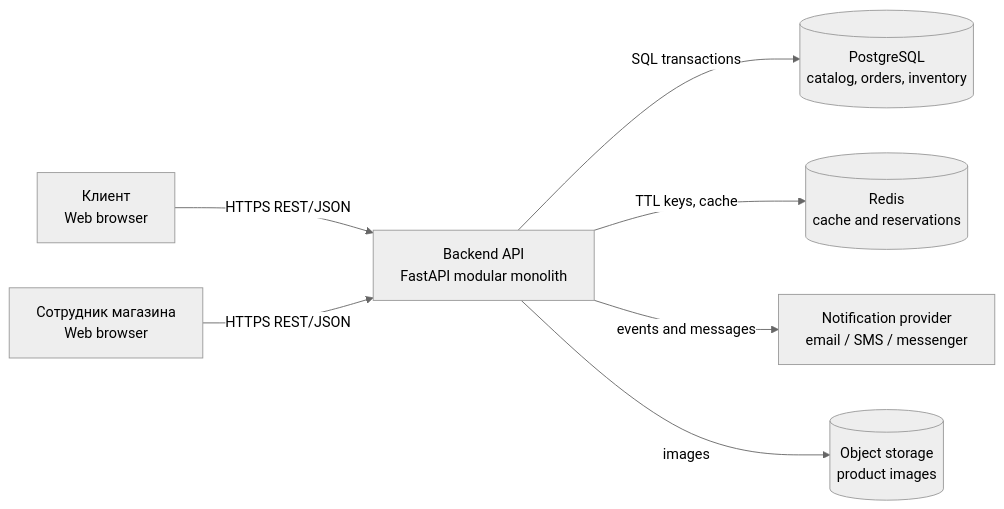
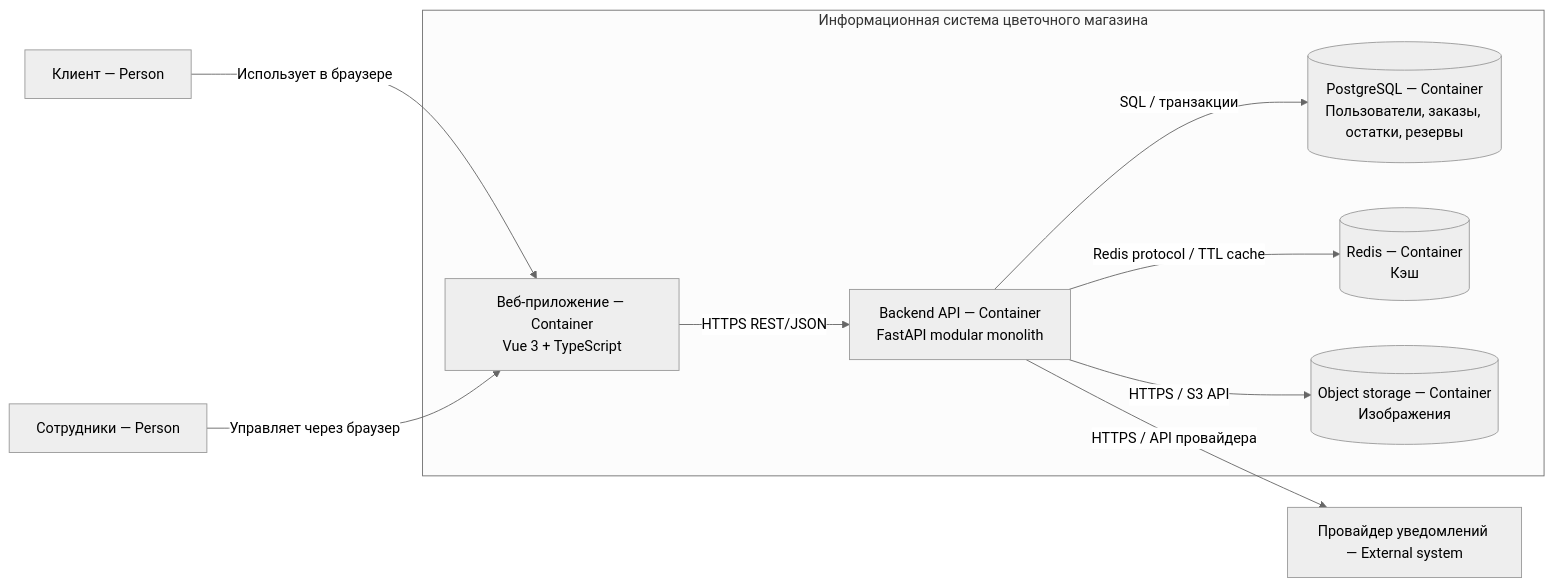
One commit to ShamarBey/flower-shop-system changed the diagram in docs/diagrams/c4-container.mmd. Above: the diagram before and after it, drawn with Mermaid (neutral theme). The commit also changed 19 other files, not shown here.

Commit message:
docs: correct lab diagrams and verify OpenAPI preview

```diff
--- a/docs/diagrams/c4-container.mmd
+++ b/docs/diagrams/c4-container.mmd
@@ -1,15 +1,18 @@
 flowchart LR
-    Client[Клиент<br/>Web browser]
-    Staff[Сотрудник магазина<br/>Web browser]
-    API[Backend API<br/>FastAPI modular monolith]
-    DB[(PostgreSQL<br/>catalog, orders, inventory)]
-    Redis[(Redis<br/>cache and reservations)]
-    Notify[Notification provider<br/>email / SMS / messenger]
-    Storage[(Object storage<br/>product images)]
-
-    Client -->|HTTPS REST/JSON| API
-    Staff -->|HTTPS REST/JSON| API
-    API -->|SQL transactions| DB
-    API -->|TTL keys, cache| Redis
-    API -->|events and messages| Notify
-    API -->|images| Storage
+    Client[Клиент — Person]
+    Staff[Сотрудники — Person]
+    Notify[Провайдер уведомлений — External system]
+    subgraph System[Информационная система цветочного магазина]
+      Web[Веб-приложение — Container<br/>Vue 3 + TypeScript]
+      API[Backend API — Container<br/>FastAPI modular monolith]
+      DB[(PostgreSQL — Container<br/>Пользователи, заказы, остатки, резервы)]
+      Redis[(Redis — Container<br/>Кэш)]
+      Storage[(Object storage — Container<br/>Изображения)]
+      Web -->|HTTPS REST/JSON| API
+      API -->|SQL / транзакции| DB
+      API -->|Redis protocol / TTL cache| Redis
+      API -->|HTTPS / S3 API| Storage
+    end
+    Client -->|Использует в браузере| Web
+    Staff -->|Управляет через браузер| Web
+    API -->|HTTPS / API провайдера| Notify
```
